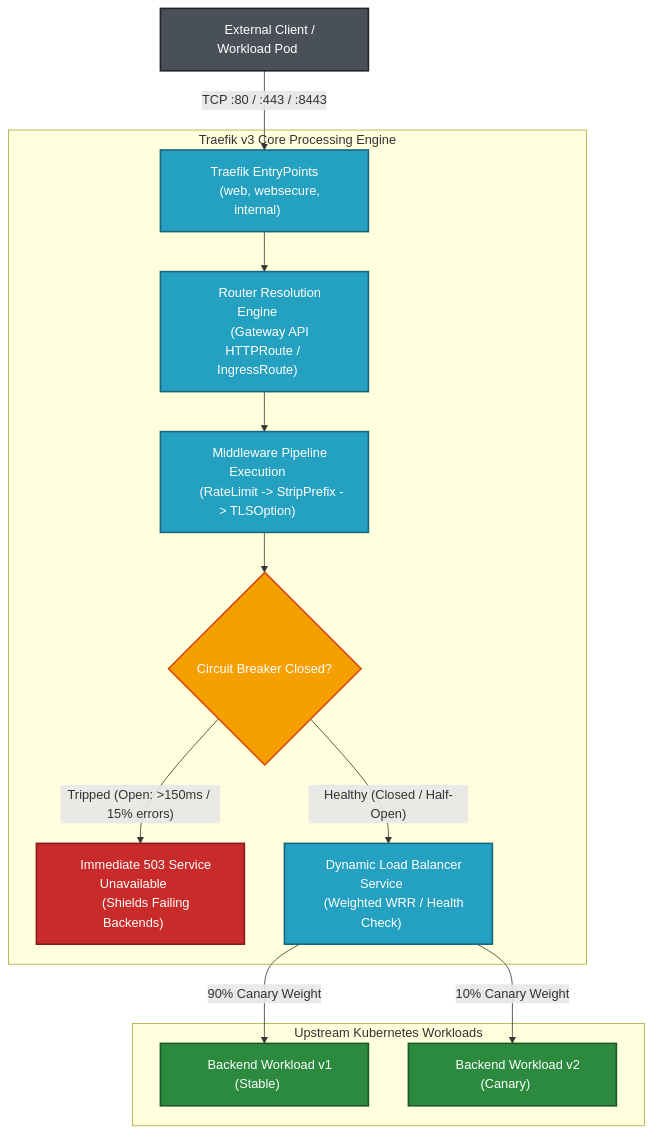
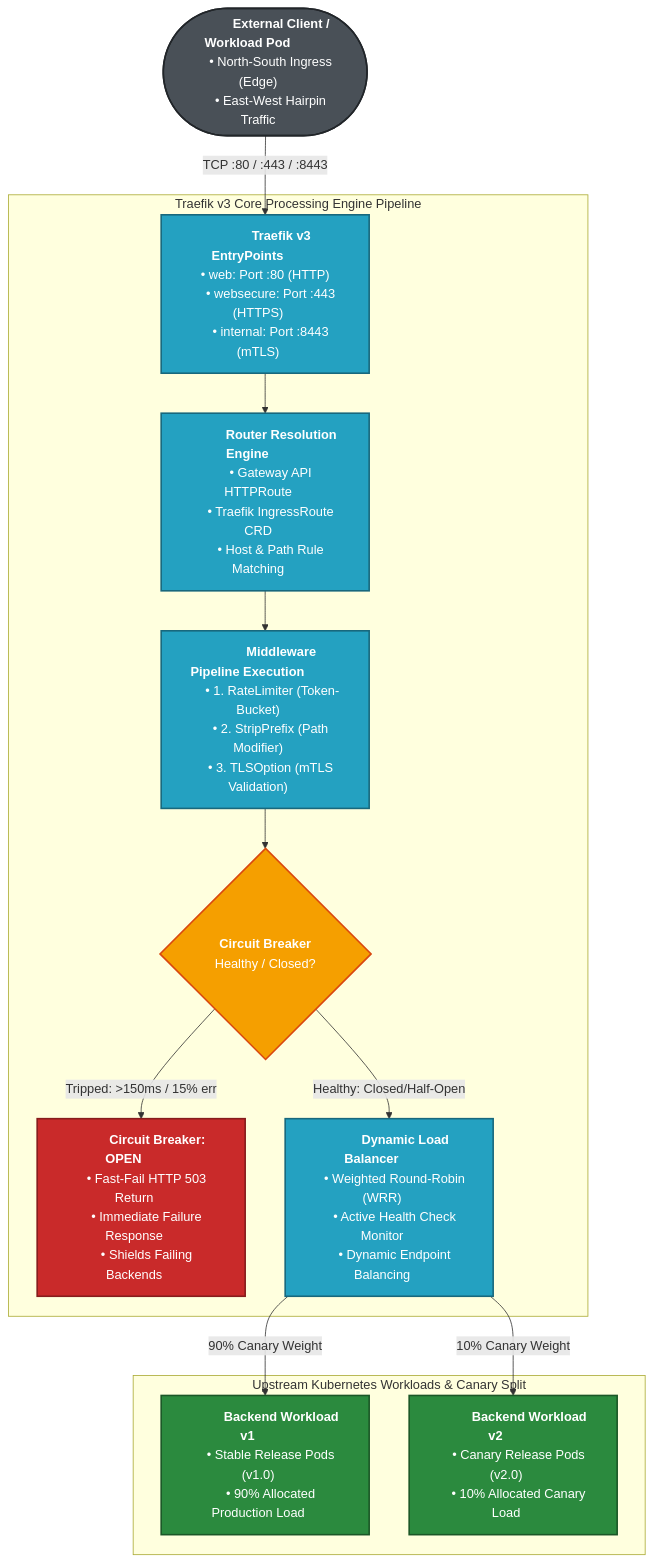
The third of 8 diagrams in README.md (nubenetes/cloudnative-ingress-mesh-lab), drawn with Mermaid before and after one commit. The commit also changed other lines of this file, not shown here.

Commit message:
fix(readme): enlarge boxes and break text lines across diagrams to prevent text truncation

````diff
--- a/README.md
+++ b/README.md
@@ -356,29 +356,35 @@
 ```mermaid
 flowchart TD
-    Client["&nbsp;&nbsp;&nbsp;&nbsp;External Client / Workload Pod&nbsp;&nbsp;&nbsp;&nbsp;"] -->|"TCP :80 / :443 / :8443"| EntryPoints["&nbsp;&nbsp;&nbsp;&nbsp;Traefik EntryPoints&nbsp;&nbsp;&nbsp;&nbsp;<br/>&nbsp;&nbsp;&nbsp;&nbsp;(web, websecure, internal)&nbsp;&nbsp;&nbsp;&nbsp;"]
-    
-    subgraph Engine ["&nbsp;&nbsp;Traefik v3 Core Processing Engine&nbsp;&nbsp;"]
-        EntryPoints --> Routers["&nbsp;&nbsp;&nbsp;&nbsp;Router Resolution Engine&nbsp;&nbsp;&nbsp;&nbsp;<br/>&nbsp;&nbsp;&nbsp;&nbsp;(Gateway API HTTPRoute / IngressRoute)&nbsp;&nbsp;&nbsp;&nbsp;"]
-        Routers --> MWChain["&nbsp;&nbsp;&nbsp;&nbsp;Middleware Pipeline Execution&nbsp;&nbsp;&nbsp;&nbsp;<br/>&nbsp;&nbsp;&nbsp;&nbsp;(RateLimit -> StripPrefix -> TLSOption)&nbsp;&nbsp;&nbsp;&nbsp;"]
-        MWChain --> CBCheck{"&nbsp;&nbsp;Circuit Breaker Closed?&nbsp;&nbsp;"}
-        CBCheck -->|"Tripped (Open: >150ms / 15% errors)"| FastFail["&nbsp;&nbsp;&nbsp;&nbsp;Immediate 503 Service Unavailable&nbsp;&nbsp;&nbsp;&nbsp;<br/>&nbsp;&nbsp;&nbsp;&nbsp;(Shields Failing Backends)&nbsp;&nbsp;&nbsp;&nbsp;"]
-        CBCheck -->|"Healthy (Closed / Half-Open)"| LoadBalancer["&nbsp;&nbsp;&nbsp;&nbsp;Dynamic Load Balancer Service&nbsp;&nbsp;&nbsp;&nbsp;<br/>&nbsp;&nbsp;&nbsp;&nbsp;(Weighted WRR / Health Check)&nbsp;&nbsp;&nbsp;&nbsp;"]
+    Client(["&nbsp;&nbsp;&nbsp;&nbsp;&nbsp;&nbsp;&nbsp;&nbsp;&nbsp;&nbsp;<b>External Client / Workload Pod</b>&nbsp;&nbsp;&nbsp;&nbsp;&nbsp;&nbsp;&nbsp;&nbsp;&nbsp;&nbsp;<br/>&nbsp;&nbsp;&nbsp;&nbsp;• North-South Ingress (Edge)&nbsp;&nbsp;&nbsp;&nbsp;<br/>&nbsp;&nbsp;&nbsp;&nbsp;• East-West Hairpin Traffic&nbsp;&nbsp;&nbsp;&nbsp;"]) -->|"TCP :80 / :443 / :8443"| EntryPoints
+
+    subgraph Engine ["&nbsp;&nbsp;&nbsp;&nbsp;&nbsp;&nbsp;&nbsp;&nbsp;&nbsp;&nbsp;&nbsp;&nbsp;Traefik v3 Core Processing Engine Pipeline&nbsp;&nbsp;&nbsp;&nbsp;&nbsp;&nbsp;&nbsp;&nbsp;&nbsp;&nbsp;&nbsp;&nbsp;"]
+        EntryPoints["&nbsp;&nbsp;&nbsp;&nbsp;&nbsp;&nbsp;&nbsp;&nbsp;&nbsp;&nbsp;<b>Traefik v3 EntryPoints</b>&nbsp;&nbsp;&nbsp;&nbsp;&nbsp;&nbsp;&nbsp;&nbsp;&nbsp;&nbsp;<br/>&nbsp;&nbsp;&nbsp;&nbsp;• web: Port :80 (HTTP)&nbsp;&nbsp;&nbsp;&nbsp;<br/>&nbsp;&nbsp;&nbsp;&nbsp;• websecure: Port :443 (HTTPS)&nbsp;&nbsp;&nbsp;&nbsp;<br/>&nbsp;&nbsp;&nbsp;&nbsp;• internal: Port :8443 (mTLS)&nbsp;&nbsp;&nbsp;&nbsp;"]
+        
+        EntryPoints --> Routers["&nbsp;&nbsp;&nbsp;&nbsp;&nbsp;&nbsp;&nbsp;&nbsp;&nbsp;&nbsp;<b>Router Resolution Engine</b>&nbsp;&nbsp;&nbsp;&nbsp;&nbsp;&nbsp;&nbsp;&nbsp;&nbsp;&nbsp;<br/>&nbsp;&nbsp;&nbsp;&nbsp;• Gateway API HTTPRoute&nbsp;&nbsp;&nbsp;&nbsp;<br/>&nbsp;&nbsp;&nbsp;&nbsp;• Traefik IngressRoute CRD&nbsp;&nbsp;&nbsp;&nbsp;<br/>&nbsp;&nbsp;&nbsp;&nbsp;• Host & Path Rule Matching&nbsp;&nbsp;&nbsp;&nbsp;"]
+        
+        Routers --> MWChain["&nbsp;&nbsp;&nbsp;&nbsp;&nbsp;&nbsp;&nbsp;&nbsp;&nbsp;&nbsp;<b>Middleware Pipeline Execution</b>&nbsp;&nbsp;&nbsp;&nbsp;&nbsp;&nbsp;&nbsp;&nbsp;&nbsp;&nbsp;<br/>&nbsp;&nbsp;&nbsp;&nbsp;• 1. RateLimiter (Token-Bucket)&nbsp;&nbsp;&nbsp;&nbsp;<br/>&nbsp;&nbsp;&nbsp;&nbsp;• 2. StripPrefix (Path Modifier)&nbsp;&nbsp;&nbsp;&nbsp;<br/>&nbsp;&nbsp;&nbsp;&nbsp;• 3. TLSOption (mTLS Validation)&nbsp;&nbsp;&nbsp;&nbsp;"]
+        
+        MWChain --> CBCheck{"&nbsp;&nbsp;&nbsp;&nbsp;&nbsp;&nbsp;&nbsp;&nbsp;<b>Circuit Breaker</b>&nbsp;&nbsp;&nbsp;&nbsp;&nbsp;&nbsp;&nbsp;&nbsp;<br/>&nbsp;&nbsp;&nbsp;&nbsp;Healthy / Closed?&nbsp;&nbsp;&nbsp;&nbsp;"}
+        
+        CBCheck -->|"Tripped: >150ms / 15% err"| FastFail["&nbsp;&nbsp;&nbsp;&nbsp;&nbsp;&nbsp;&nbsp;&nbsp;&nbsp;&nbsp;<b>Circuit Breaker: OPEN</b>&nbsp;&nbsp;&nbsp;&nbsp;&nbsp;&nbsp;&nbsp;&nbsp;&nbsp;&nbsp;<br/>&nbsp;&nbsp;&nbsp;&nbsp;• Fast-Fail HTTP 503 Return&nbsp;&nbsp;&nbsp;&nbsp;<br/>&nbsp;&nbsp;&nbsp;&nbsp;• Immediate Failure Response&nbsp;&nbsp;&nbsp;&nbsp;<br/>&nbsp;&nbsp;&nbsp;&nbsp;• Shields Failing Backends&nbsp;&nbsp;&nbsp;&nbsp;"]
+        
+        CBCheck -->|"Healthy: Closed/Half-Open"| LoadBalancer["&nbsp;&nbsp;&nbsp;&nbsp;&nbsp;&nbsp;&nbsp;&nbsp;&nbsp;&nbsp;<b>Dynamic Load Balancer</b>&nbsp;&nbsp;&nbsp;&nbsp;&nbsp;&nbsp;&nbsp;&nbsp;&nbsp;&nbsp;<br/>&nbsp;&nbsp;&nbsp;&nbsp;• Weighted Round-Robin (WRR)&nbsp;&nbsp;&nbsp;&nbsp;<br/>&nbsp;&nbsp;&nbsp;&nbsp;• Active Health Check Monitor&nbsp;&nbsp;&nbsp;&nbsp;<br/>&nbsp;&nbsp;&nbsp;&nbsp;• Dynamic Endpoint Balancing&nbsp;&nbsp;&nbsp;&nbsp;"]
     end
     
-    subgraph Workloads ["&nbsp;&nbsp;Upstream Kubernetes Workloads&nbsp;&nbsp;"]
-        LoadBalancer -->|"90% Canary Weight"| PodA["&nbsp;&nbsp;&nbsp;&nbsp;Backend Workload v1 (Stable)&nbsp;&nbsp;&nbsp;&nbsp;"]
-        LoadBalancer -->|"10% Canary Weight"| PodB["&nbsp;&nbsp;&nbsp;&nbsp;Backend Workload v2 (Canary)&nbsp;&nbsp;&nbsp;&nbsp;"]
+    subgraph Workloads ["&nbsp;&nbsp;&nbsp;&nbsp;&nbsp;&nbsp;&nbsp;&nbsp;&nbsp;&nbsp;&nbsp;&nbsp;Upstream Kubernetes Workloads & Canary Split&nbsp;&nbsp;&nbsp;&nbsp;&nbsp;&nbsp;&nbsp;&nbsp;&nbsp;&nbsp;&nbsp;&nbsp;"]
+        LoadBalancer -->|"90% Canary Weight"| PodA["&nbsp;&nbsp;&nbsp;&nbsp;&nbsp;&nbsp;&nbsp;&nbsp;&nbsp;&nbsp;<b>Backend Workload v1</b>&nbsp;&nbsp;&nbsp;&nbsp;&nbsp;&nbsp;&nbsp;&nbsp;&nbsp;&nbsp;<br/>&nbsp;&nbsp;&nbsp;&nbsp;• Stable Release Pods (v1.0)&nbsp;&nbsp;&nbsp;&nbsp;<br/>&nbsp;&nbsp;&nbsp;&nbsp;• 90% Allocated Production Load&nbsp;&nbsp;&nbsp;&nbsp;"]
+        LoadBalancer -->|"10% Canary Weight"| PodB["&nbsp;&nbsp;&nbsp;&nbsp;&nbsp;&nbsp;&nbsp;&nbsp;&nbsp;&nbsp;<b>Backend Workload v2</b>&nbsp;&nbsp;&nbsp;&nbsp;&nbsp;&nbsp;&nbsp;&nbsp;&nbsp;&nbsp;<br/>&nbsp;&nbsp;&nbsp;&nbsp;• Canary Release Pods (v2.0)&nbsp;&nbsp;&nbsp;&nbsp;<br/>&nbsp;&nbsp;&nbsp;&nbsp;• 10% Allocated Canary Load&nbsp;&nbsp;&nbsp;&nbsp;"]
     end
 
     classDef client fill:#495057,stroke:#212529,stroke-width:2px,color:#fff;
     classDef traefik fill:#24A1C1,stroke:#18687d,stroke-width:2px,color:#fff;
     classDef decision fill:#f59f00,stroke:#d9480f,stroke-width:2px,color:#fff;
     classDef fail fill:#c92a2a,stroke:#861c1c,stroke-width:2px,color:#fff;
     classDef pods fill:#2b8a3e,stroke:#1b5727,stroke-width:2px,color:#fff;
 
     class Client client;
     class EntryPoints,Routers,MWChain,LoadBalancer traefik;
     class CBCheck decision;
     class FastFail fail;
     class PodA,PodB pods;
 ```
````
